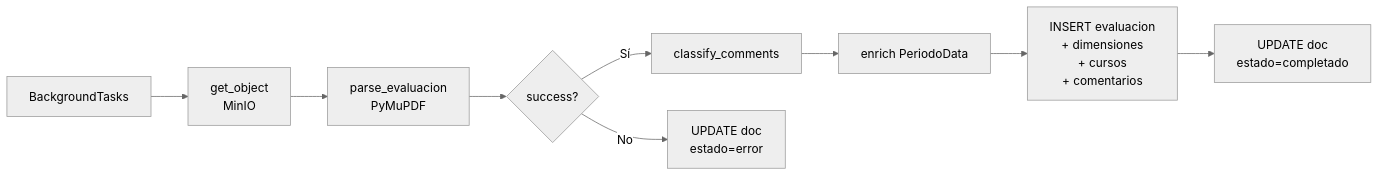
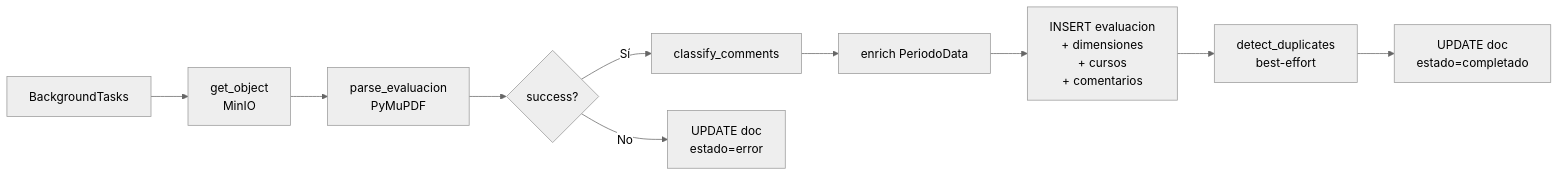
The second of 3 diagrams in docs/processing-pipeline.md (soviedos/Evaluaciones_Docentes), drawn with Mermaid (neutral theme) before and after one commit. The commit also changed other lines of this file and 30 other files, not shown here.

````diff
--- a/docs/processing-pipeline.md
+++ b/docs/processing-pipeline.md
@@ -266,11 +269,12 @@
 ```mermaid
 graph LR
     A[BackgroundTasks] --> B[get_object<br/>MinIO]
     B --> C[parse_evaluacion<br/>PyMuPDF]
     C --> D{success?}
     D -->|Sí| E[classify_comments]
     D -->|No| F[UPDATE doc<br/>estado=error]
     E --> G[enrich PeriodoData]
     G --> H[INSERT evaluacion<br/>+ dimensiones<br/>+ cursos<br/>+ comentarios]
-    H --> I[UPDATE doc<br/>estado=completado]
+    H --> I[detect_duplicates<br/>best-effort]
+    I --> J[UPDATE doc<br/>estado=completado]
 ```
````
